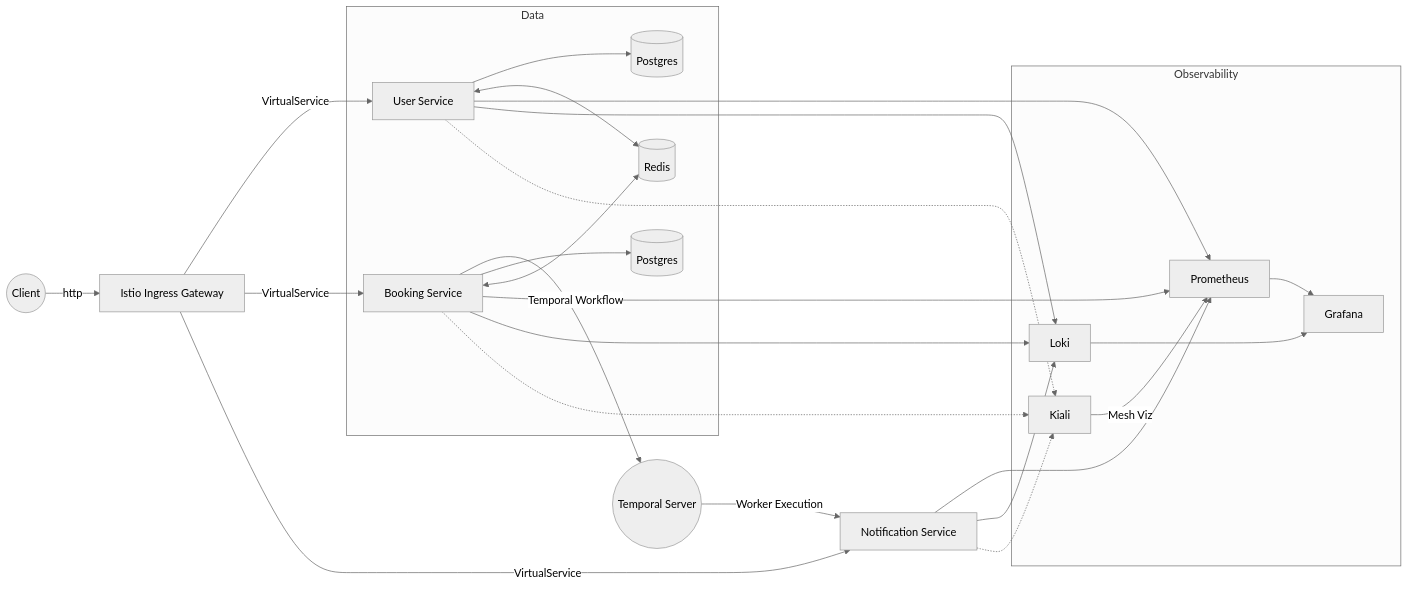
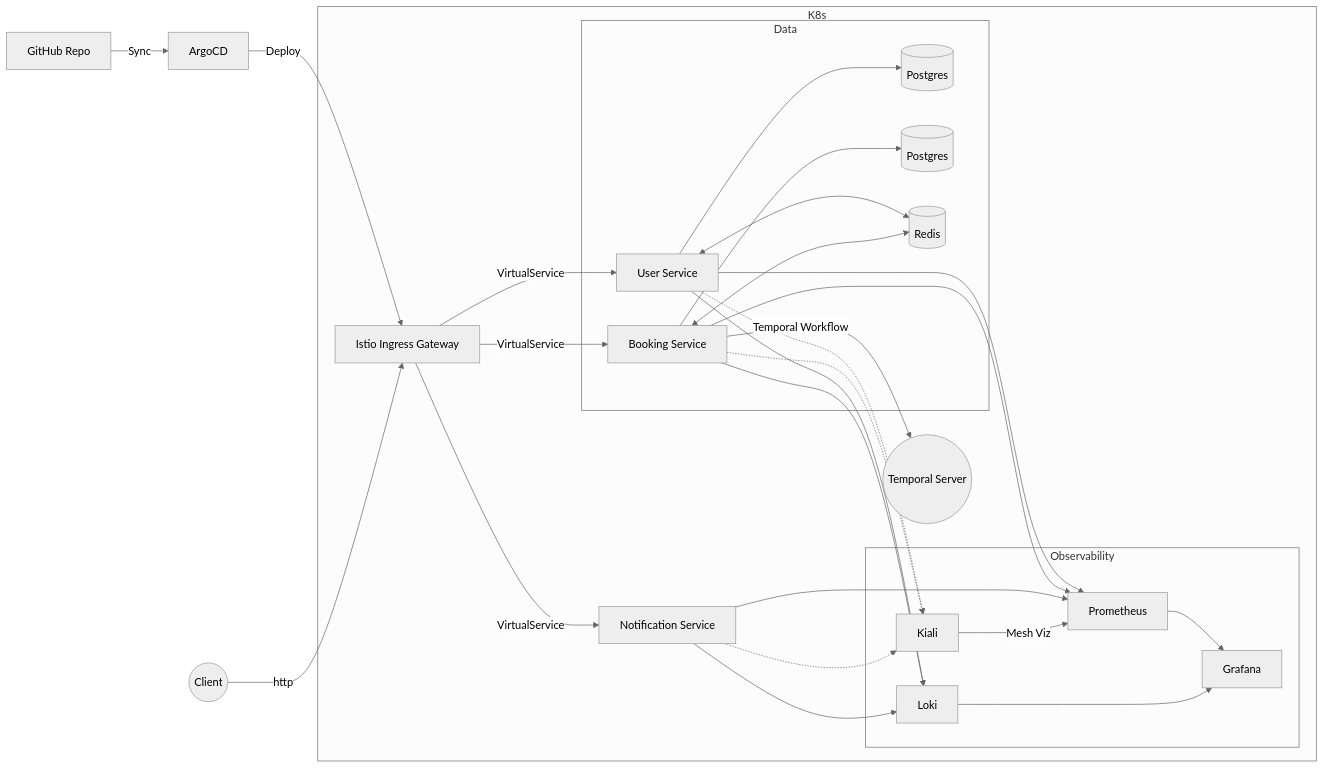
One commit to ElshinSergei/beauty-salon-k8s changed the diagram in README.md. Above: the diagram before and after it, drawn with Mermaid (neutral theme). The commit also changed other lines of this file and 1 other file, not shown here.

````diff
--- a/README.md
+++ b/README.md
@@ -9,30 +9,35 @@
 ```mermaid
 graph LR
-    User((Client)) --> |http| IGW[Istio Ingress Gateway]
-    IGW --> |VirtualService| US[User Service]
-    IGW --> |VirtualService| BS[Booking Service]
-    IGW --> |VirtualService| NS[Notification Service]
-    BS --> |Temporal Workflow| TS((Temporal Server))
-    TS --> |Worker Execution| NS
+    Git[GitHub Repo] --> |Sync| AC[ArgoCD]
+    AC --> |Deploy| IGW[Istio Ingress Gateway]
     
-    subgraph Data
-        US --> DB1[(Postgres)]
-        BS --> DB2[(Postgres)]
-        US <--> Redis[(Redis)]
-        BS <--> Redis
+    User((Client)) --> |http| IGW
+    
+    subgraph K8s
+        IGW --> |VirtualService| US[User Service]
+        IGW --> |VirtualService| BS[Booking Service]
+        IGW --> |VirtualService| NS[Notification Service]
+        BS --> |Temporal Workflow| TS((Temporal Server))
+        
+        subgraph Data
+            US --> DB1[(Postgres)]
+            BS --> DB2[(Postgres)]
+            US <--> Redis[(Redis)]
+            BS <--> Redis
+        end
+        
+        subgraph Observability
+            Prom[Prometheus]
+            Graf[Grafana]
+            Lok[Loki]
+            Kia[Kiali]
+        end
+        
+        US & BS & NS --> Prom
+        US & BS & NS --> Lok
+        US & BS & NS -.-> Kia
+        Prom --> Graf
+        Lok --> Graf
+        Kia --> |Mesh Viz| Prom
     end
-    
-    subgraph Observability
-        Prom[Prometheus]
-        Graf[Grafana]
-        Lok[Loki]
-        Kia[Kiali]
-    end
-    
-    US & BS & NS --> Prom
-    US & BS & NS --> Lok
-    US & BS & NS -.-> Kia
-    Prom --> Graf
-    Lok --> Graf
-    Kia --> |Mesh Viz| Prom
 ```
````
